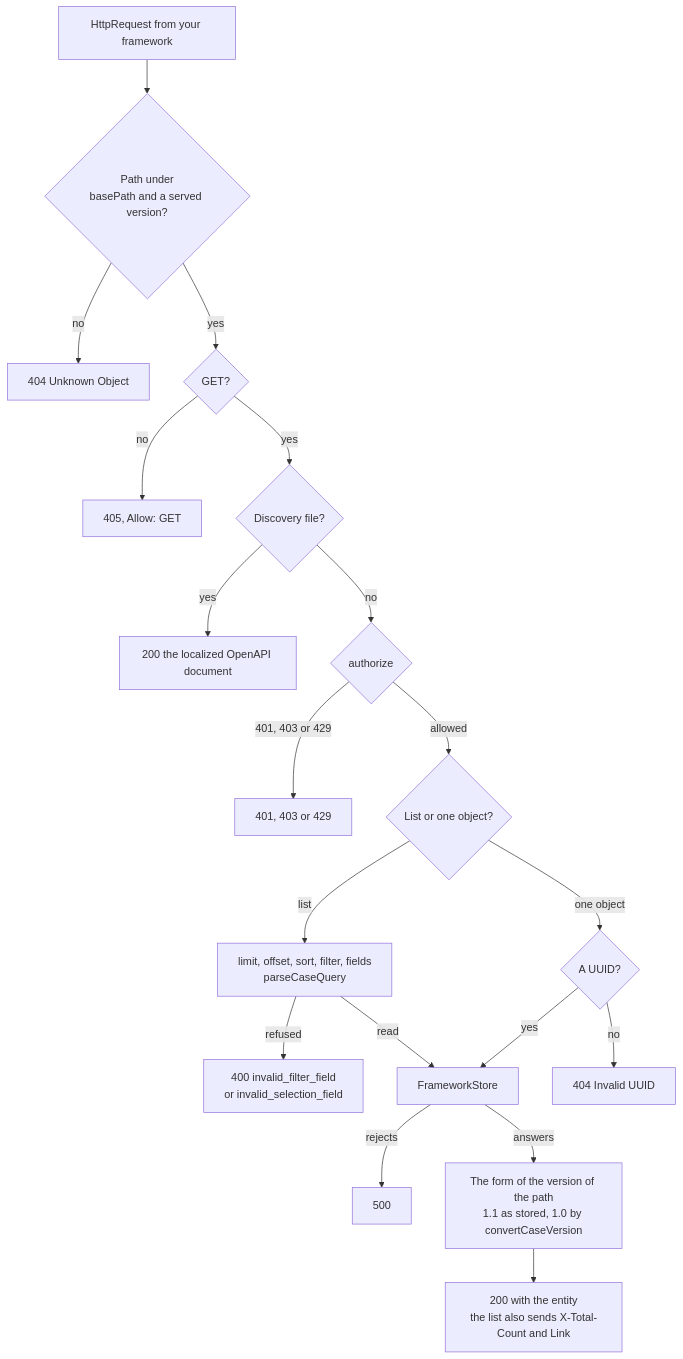
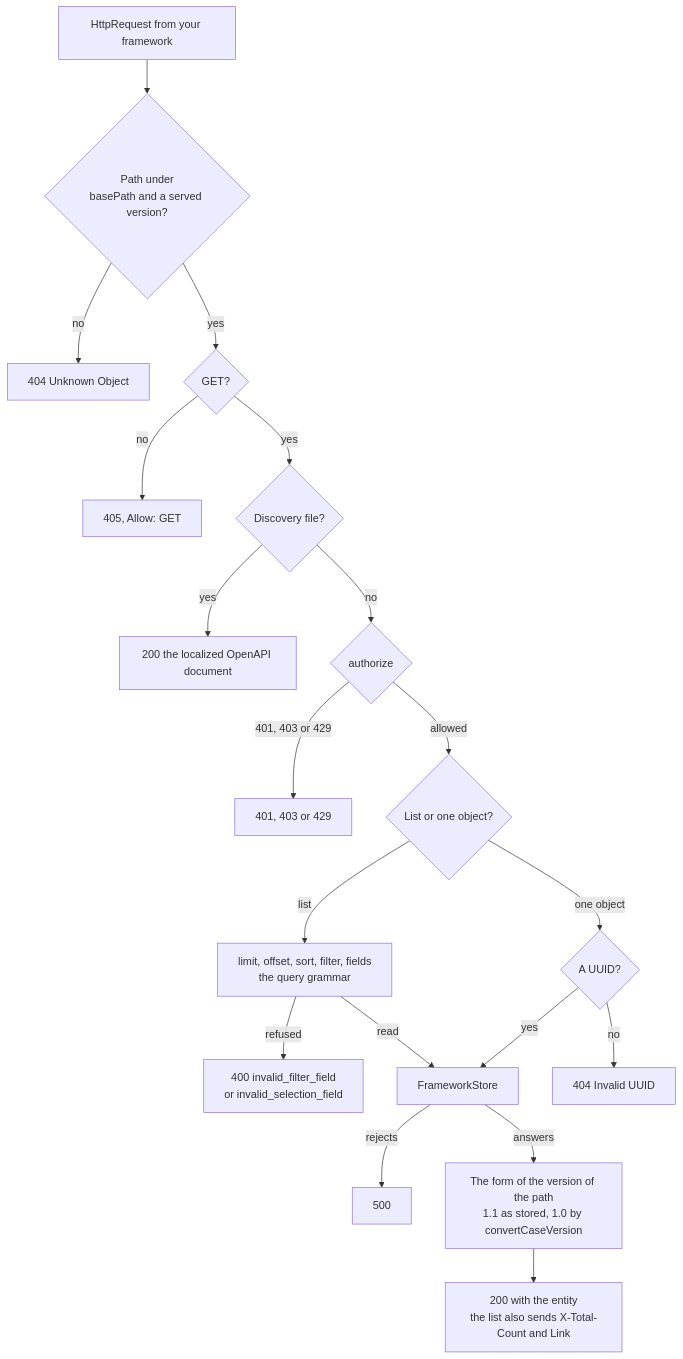
Before and after one commit to interopkit/interopkit: the first of 3 diagrams in docs/competency-frameworks/provider.md, drawn with Mermaid. The commit also changed other lines of this file and 16 other files, not shown here.

First line of the commit message:
Keep the query grammar, its collation option and the filter writer of competency-frameworks internal

````diff
--- a/docs/competency-frameworks/provider.md
+++ b/docs/competency-frameworks/provider.md
@@ -7,21 +7,21 @@
 ```mermaid
 flowchart TD
   request["HttpRequest from your framework"] --> route{"Path under<br/>basePath and a served version?"}
   route -->|"no"| unknown["404 Unknown Object"]
   route -->|"yes"| method{"GET?"}
   method -->|"no"| notAllowed["405, Allow: GET"]
   method -->|"yes"| disc{"Discovery file?"}
   disc -->|"yes"| file["200 the localized OpenAPI document"]
   disc -->|"no"| authorize{"authorize"}
   authorize -->|"401, 403 or 429"| refused["401, 403 or 429"]
   authorize -->|"allowed"| kind{"List or one object?"}
-  kind -->|"list"| query["limit, offset, sort, filter, fields<br/>parseCaseQuery"]
+  kind -->|"list"| query["limit, offset, sort, filter, fields<br/>the query grammar"]
   query -->|"refused"| bad["400 invalid_filter_field<br/>or invalid_selection_field"]
   query -->|"read"| store["FrameworkStore"]
   kind -->|"one object"| uuid{"A UUID?"}
   uuid -->|"no"| invalid["404 Invalid UUID"]
   uuid -->|"yes"| store
   store -->|"rejects"| failed["500"]
   store -->|"answers"| version["The form of the version of the path<br/>1.1 as stored, 1.0 by convertCaseVersion"]
   version --> ok["200 with the entity<br/>the list also sends X-Total-Count and Link"]
 ```
````
